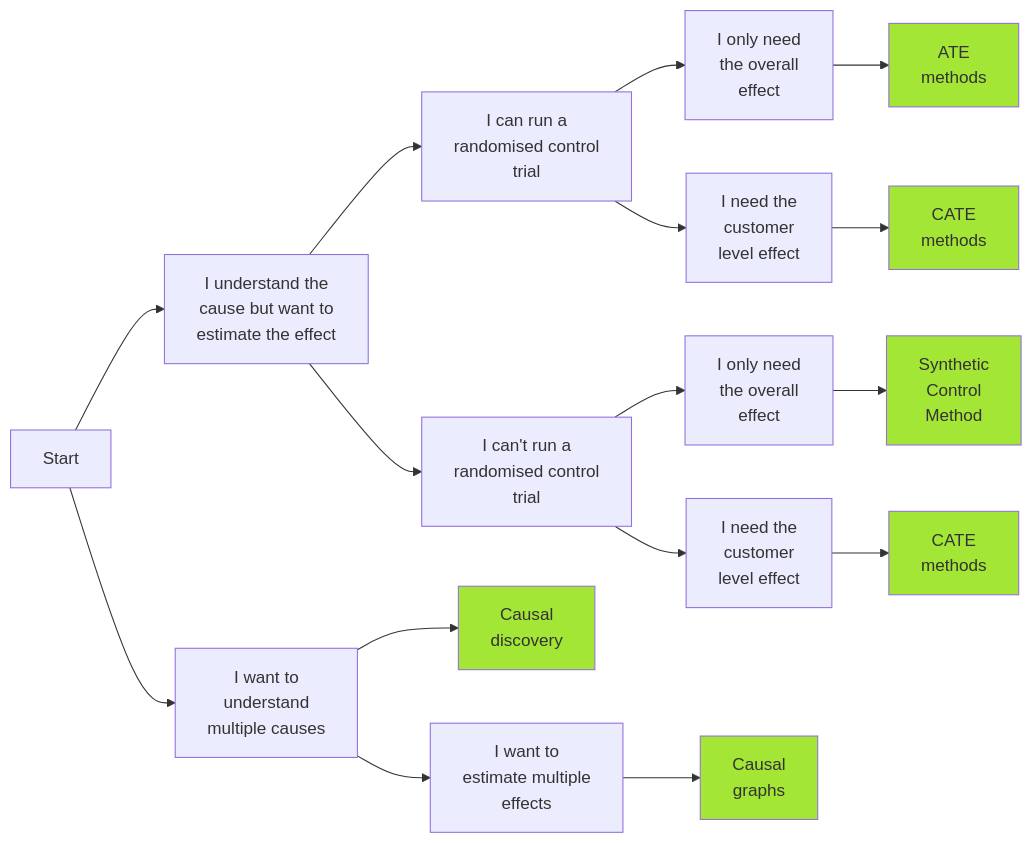
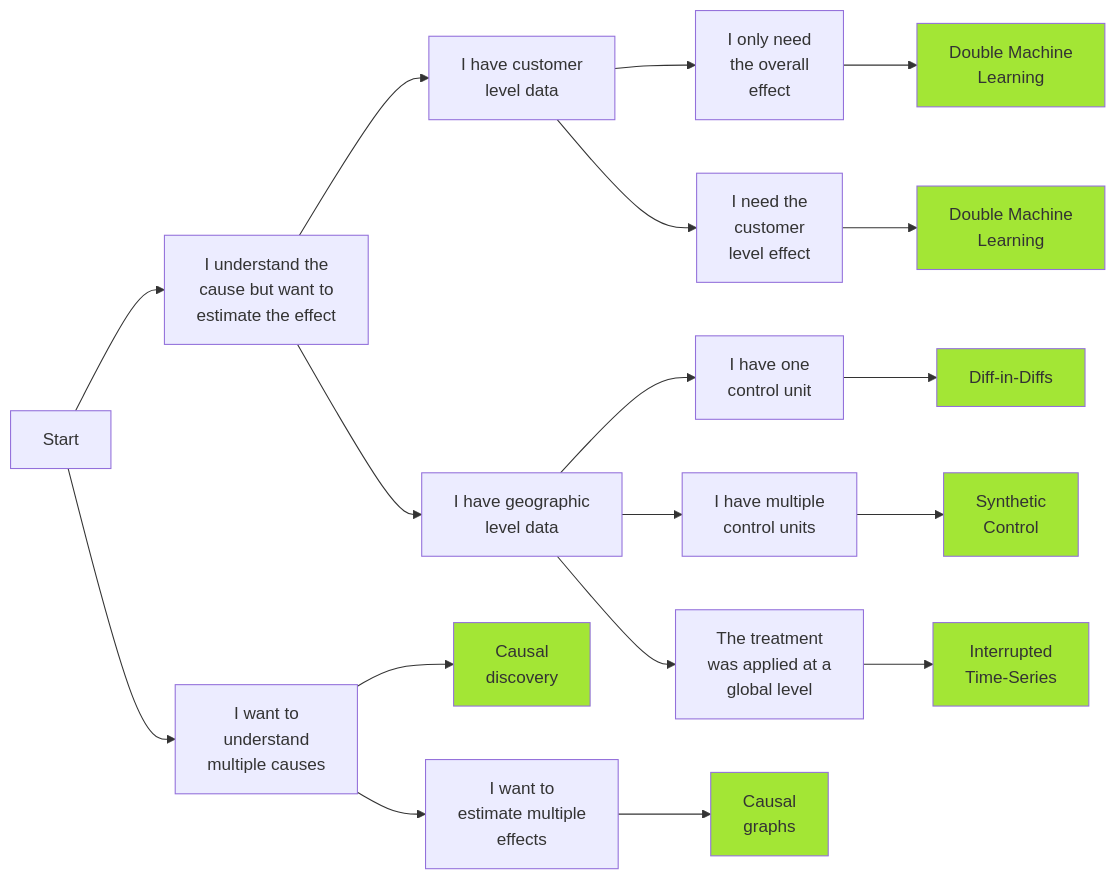
Before and after one commit to raz1470/causal_ai: the diagram in README.md, drawn with Mermaid. The commit also changed other lines of this file, not shown here.

Commit message:
edited map

````diff
--- a/README.md
+++ b/README.md
@@ -43,52 +54,52 @@
 ```mermaid
 
 flowchart LR
     A[Start] --> B1[I understand the
     cause but want to 
     estimate the effect]
     A --> B2[I want to
     understand
     multiple causes]
-    B1 --> C1[I can run a 
-    randomised control
-    trial]
-    B1 --> C2[I can't run a 
-    randomised control
-    trial]
-    B2 --> C3[Causal
+    B1 --> C1[I have customer
+    level data]
+    B1 --> C2[I have geographic
+    level data]
+    B2 --> C4[Causal
     discovery]
-    B2 --> C4[I want to
+    B2 --> C5[I want to
     estimate multiple
     effects]
     C1 --> D1[I only need
     the overall
     effect]
     C1 --> D2[I need the
     customer
     level effect]
-    C2 --> D3[I only need
-    the overall
-    effect]
-    C2 --> D4[I need the
-    customer
-    level effect]
-    D1 --> E2[ATE
-    methods]
-    D2 --> E3[CATE
-    methods]
-    D3 --> E4[Synthetic
-    Control
-    Method]
-    D4 --> E5[CATE
-    methods]
-    C4 --> E1[Causal
+    C2 --> D3[I have one 
+    control unit]
+    C2 --> D4[I have multiple 
+    control units]
+    C2 --> D5[The treatment 
+    was applied at a
+    global level]
+    D3 --> E1[Diff-in-Diffs]
+    D4 --> E4[Synthetic
+    Control]
+    D5 --> E6[Interrupted
+    Time-Series]
+    C5 --> E2[Causal
     graphs]
+    D1 --> F1[Double Machine
+    Learning]
+    D2 --> F2[Double Machine
+    Learning]
 
-    style C3 fill:#a3e635
+    style C4 fill:#a3e635
+    style E2 fill:#a3e635
     style E1 fill:#a3e635
-    style E2 fill:#a3e635
-    style E3 fill:#a3e635
+    style F1 fill:#a3e635
+    style F2 fill:#a3e635
     style E4 fill:#a3e635
-    style E5 fill:#a3e635
+    style E6 fill:#a3e635
 
 ```
````
